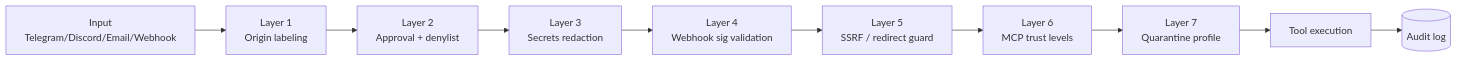
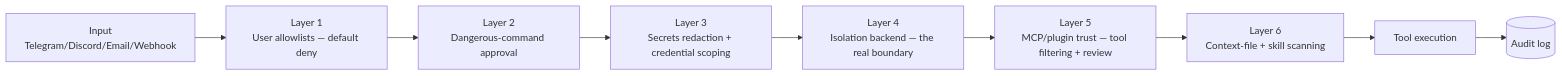
One commit to OnlyTerp/hermes-optimization-guide changed the sixth of 6 diagrams in diagrams/architecture.md. Above: the diagram before and after it, drawn with Mermaid. The commit also changed other lines of this file and 81 other files, not shown here.

````diff
--- a/diagrams/architecture.md
+++ b/diagrams/architecture.md
@@ -181,12 +186,11 @@
 ```mermaid
 flowchart LR
-  Input[Input<br/>Telegram/Discord/Email/Webhook] --> L1[Layer 1<br/>Origin labeling]
-  L1 --> L2[Layer 2<br/>Approval + denylist]
-  L2 --> L3[Layer 3<br/>Secrets redaction]
-  L3 --> L4[Layer 4<br/>Webhook sig validation]
-  L4 --> L5[Layer 5<br/>SSRF / redirect guard]
-  L5 --> L6[Layer 6<br/>MCP trust levels]
-  L6 --> L7[Layer 7<br/>Quarantine profile]
-  L7 --> Exec[Tool execution]
+  Input[Input<br/>Telegram/Discord/Email/Webhook] --> L1[Layer 1<br/>User allowlists — default deny]
+  L1 --> L2[Layer 2<br/>Dangerous-command approval]
+  L2 --> L3[Layer 3<br/>Secrets redaction + credential scoping]
+  L3 --> L4[Layer 4<br/>Isolation backend — the real boundary]
+  L4 --> L5[Layer 5<br/>MCP/plugin trust — tool filtering + review]
+  L5 --> L6[Layer 6<br/>Context-file + skill scanning]
+  L6 --> Exec[Tool execution]
   Exec --> Audit[(Audit log)]
 ```
````
